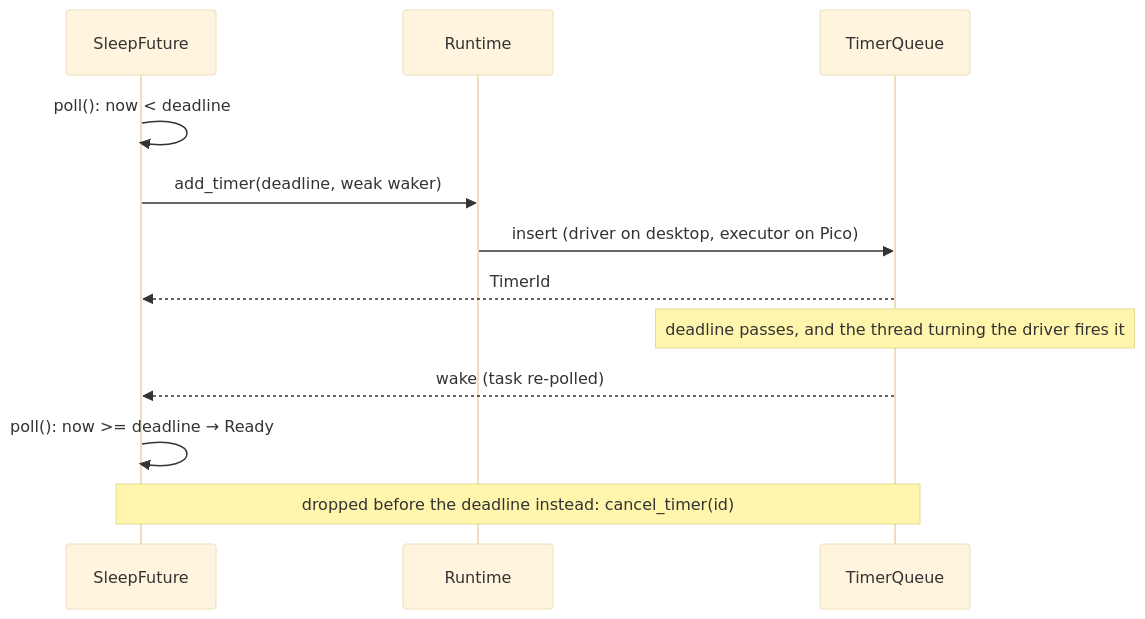
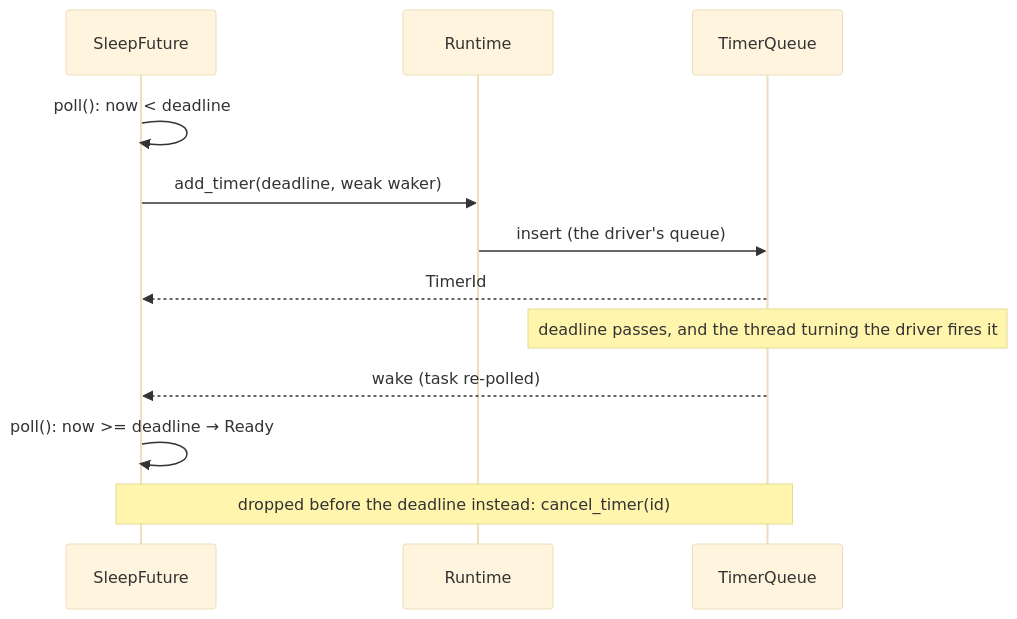
Before and after one commit to bts164/coro: the diagram in doc/design/timers.md, drawn with Mermaid (base theme). The commit also changed other lines of this file and 101 other files, not shown here.

Commit message:
Added a sys layer abstraction on top of lwip so that the pico port sockets and other IO types ca use the IoDriver and the exact same code as the desktop port above that.

````diff
--- a/doc/design/timers.md
+++ b/doc/design/timers.md
@@ -80,14 +80,14 @@
 ```mermaid
 sequenceDiagram
     participant S as SleepFuture
     participant R as Runtime
     participant Q as TimerQueue
     S->>S: poll(): now < deadline
     S->>R: add_timer(deadline, weak waker)
-    R->>Q: insert (driver on desktop, executor on Pico)
+    R->>Q: insert (the driver's queue)
     Q-->>S: TimerId
     Note over Q: deadline passes, and the thread turning the driver fires it
     Q-->>S: wake (task re-polled)
     S->>S: poll(): now >= deadline → Ready
     Note over S,Q: dropped before the deadline instead: cancel_timer(id)
 ```
````
